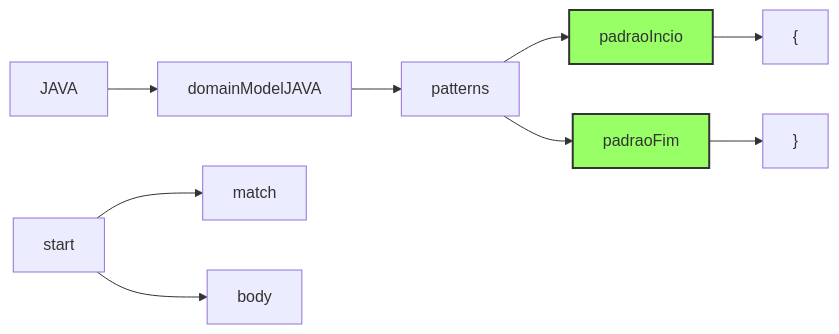
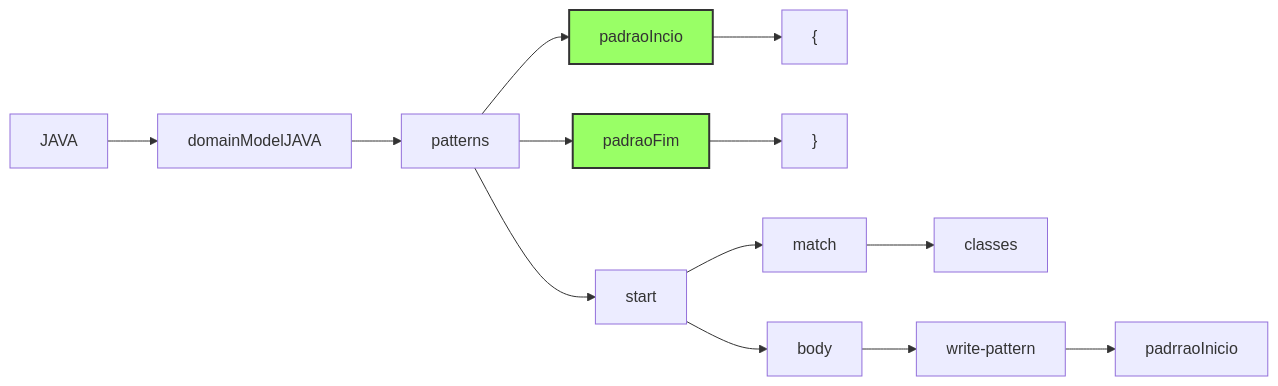
The fourth of 4 diagrams in mapeando-codigo.md (HamiltonVentura/MapperIdea), drawn with Mermaid before and after one commit.

````diff
--- a/mapeando-codigo.md
+++ b/mapeando-codigo.md
@@ -52,13 +52,15 @@
  ```mermaid
 flowchart LR
      JAVA --> domainModelJAVA;
      domainModelJAVA --> patterns;
      patterns --> padraoIncio;
      patterns --> padraoFim;
+     patterns --> start;
      padraoIncio --> B["{"];
      padraoFim --> F["}"];
-     start --> match
+     start --> match --> classes
      start --> body
+     body --> write-pattern --> padrraoInicio;
 style padraoIncio fill:#9f6,stroke:#333,stroke-width:2px;
 style padraoFim fill:#9f6,stroke:#333,stroke-width:2px;
 ```
````
